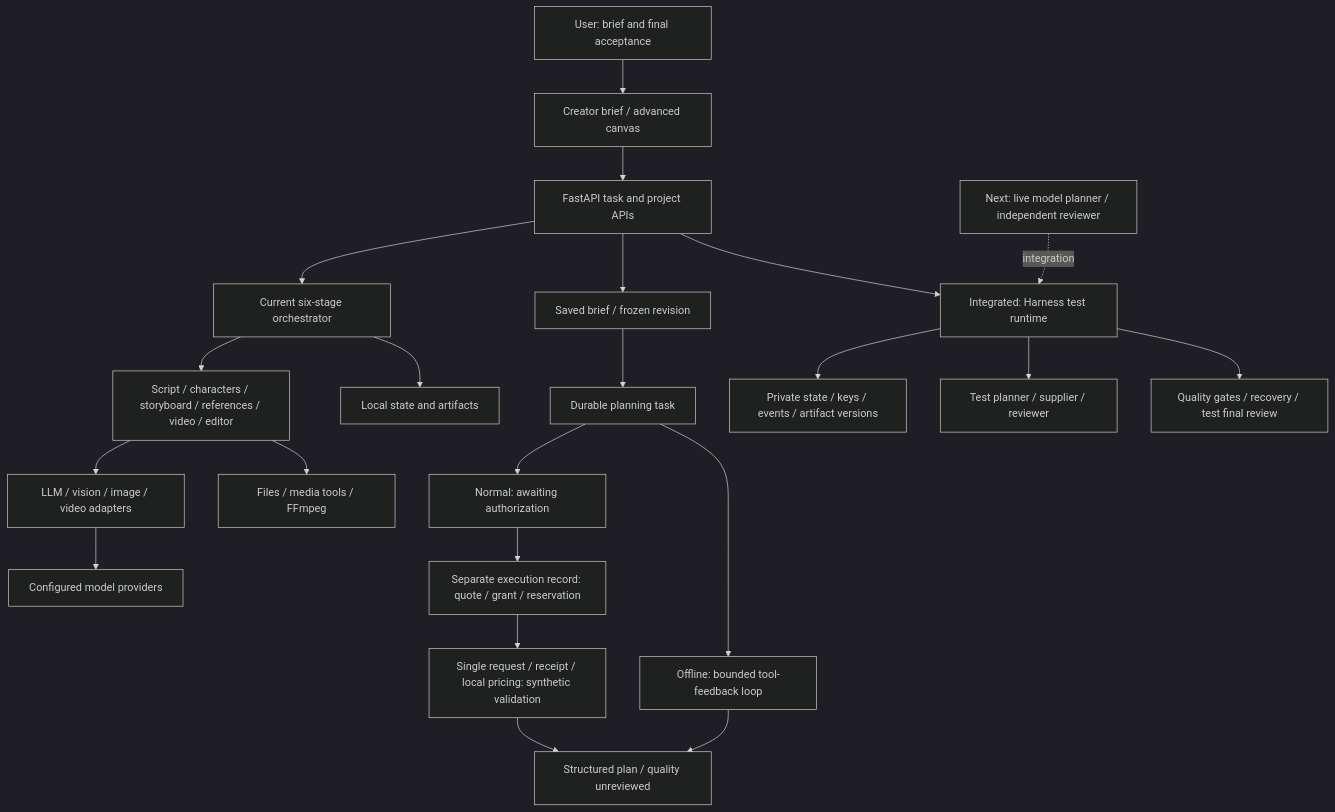
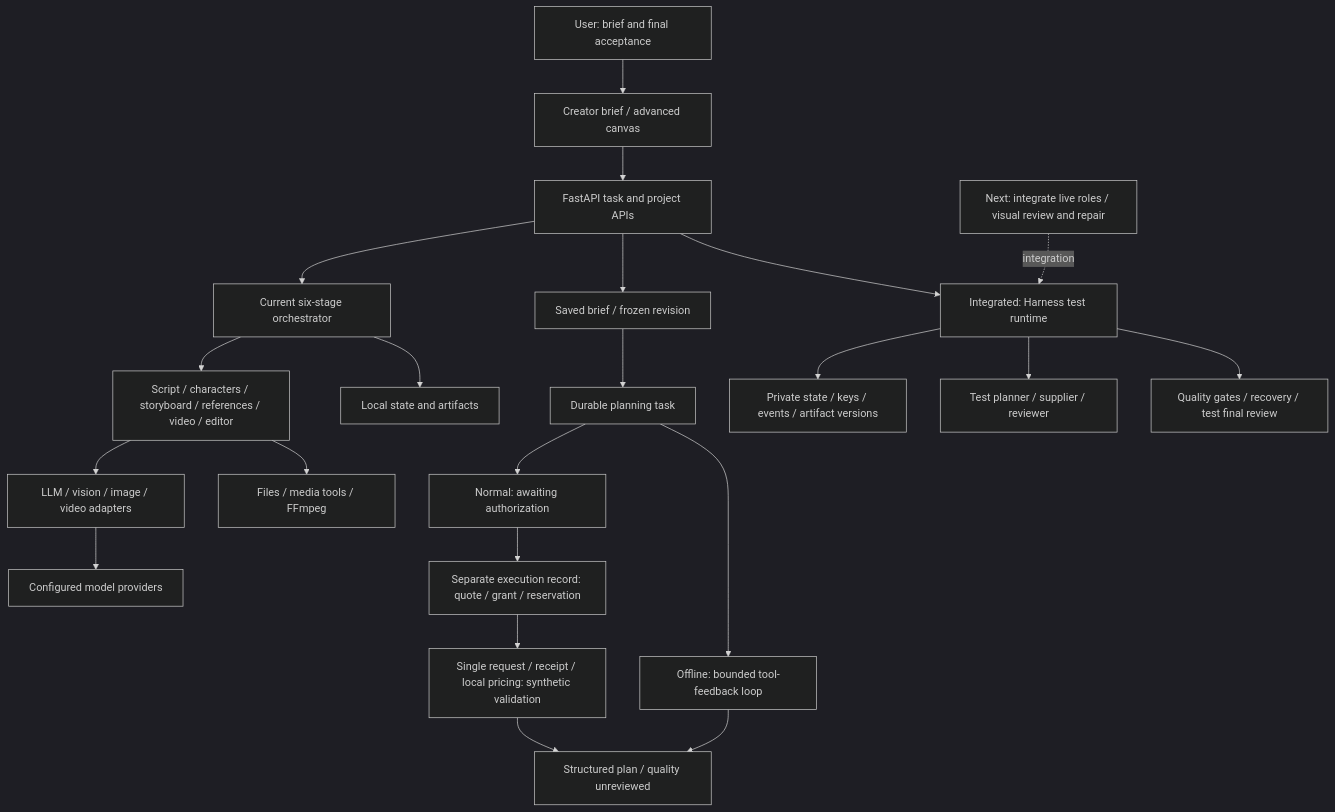
The diagram in README_EN.md (leo-ai-pm/LeonTV), drawn with Mermaid (dark theme) before and after one commit. The commit also changed other lines of this file and 6 other files, not shown here.

Commit message:
docs: record live asset delivery, fees and visual acceptance gaps

````diff
--- a/README_EN.md
+++ b/README_EN.md
@@ -66,24 +66,24 @@
 ```mermaid
 flowchart TD
     User[User: brief and final acceptance] --> UI[Creator brief / advanced canvas]
     UI --> API[FastAPI task and project APIs]
     API --> Workflow[Current six-stage orchestrator]
     Workflow --> Agents[Script / characters / storyboard / references / video / editor]
     Agents --> Models[LLM / vision / image / video adapters]
     Agents --> Tools[Files / media tools / FFmpeg]
     Workflow --> Store[Local state and artifacts]
     Models --> Providers[Configured model providers]
     API --> Brief[Saved brief / frozen revision]
     Brief --> Planner[Durable planning task]
     Planner --> Wait[Normal: awaiting authorization]
     Wait --> Control[Separate execution record: quote / grant / reservation]
     Control --> Synthetic[Single request / receipt / local pricing: synthetic validation]
     Synthetic --> Plan
     Planner --> Loop[Offline: bounded tool-feedback loop]
     Loop --> Plan[Structured plan / quality unreviewed]
     API --> Runtime[Integrated: Harness test runtime]
     Runtime --> Private[Private state / keys / events / artifact versions]
     Runtime --> Fixtures[Test planner / supplier / reviewer]
     Runtime --> Gates[Quality gates / recovery / test final review]
-    Harness[Next: live model planner / independent reviewer] -.integration.-> Runtime
+    Harness[Next: integrate live roles / visual review and repair] -.integration.-> Runtime
 ```
````
